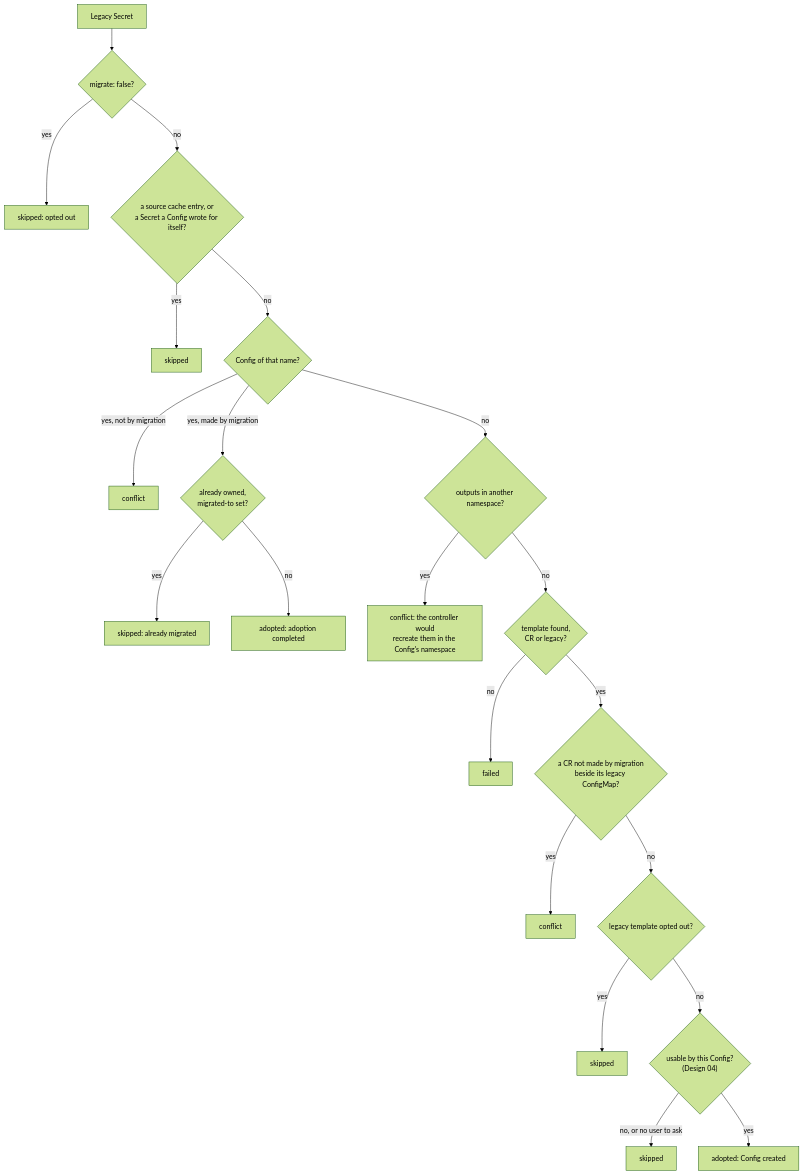
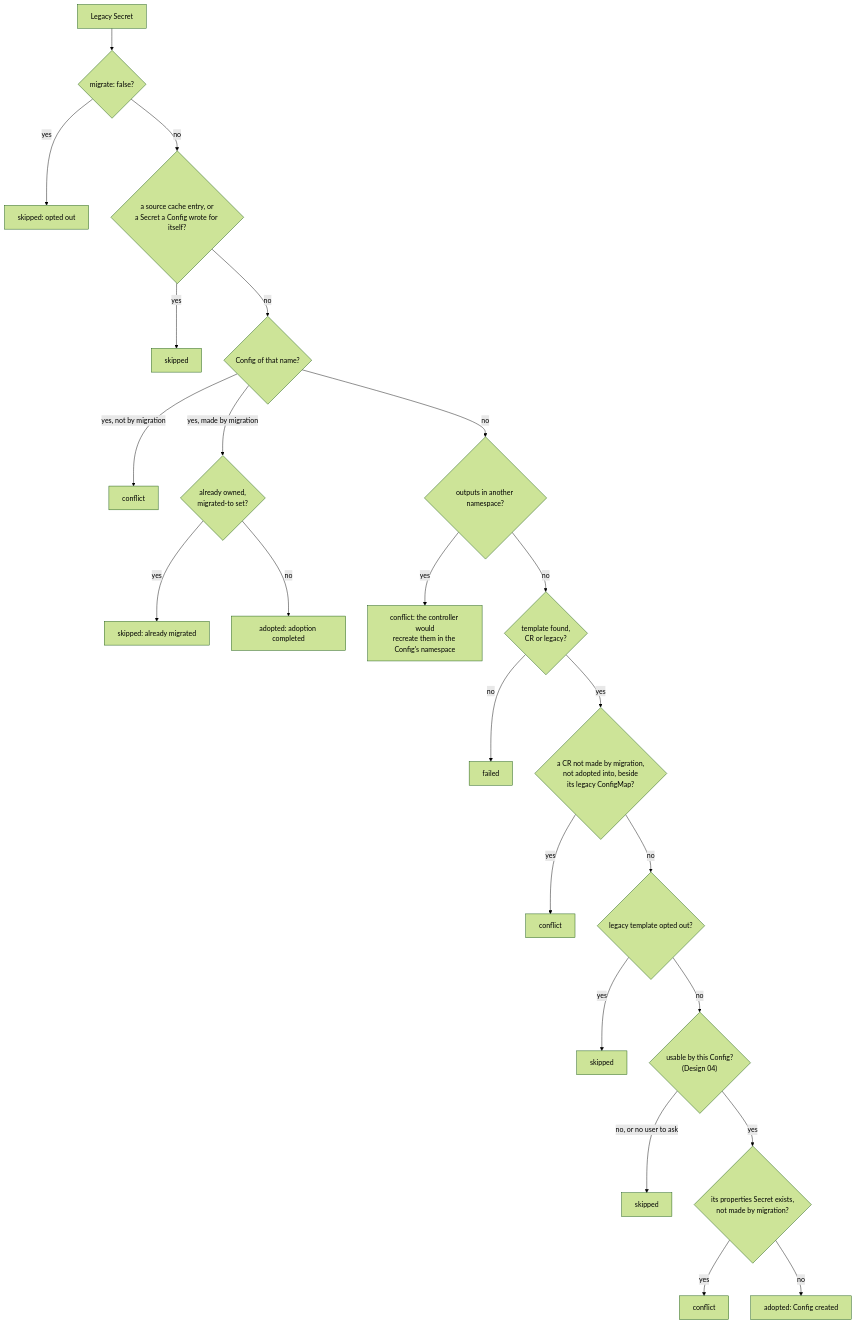
The second of 3 diagrams in design/vela-core/keps/2.18-config-crds/design/03-migration.md (kubevela/kubevela), drawn with Mermaid (forest theme) before and after one commit. The commit also changed other lines of this file and 9 other files, not shown here.

````diff
--- a/design/vela-core/keps/2.18-config-crds/design/03-migration.md
+++ b/design/vela-core/keps/2.18-config-crds/design/03-migration.md
@@ -103,23 +103,25 @@
 ```mermaid
 flowchart TD
     obj["Legacy Secret"] --> opt{"migrate: false?"}
     opt -- yes --> sk1["skipped: opted out"]
     opt -- no --> notcfg{"a source cache entry, or<br/>a Secret a Config wrote for itself?"}
     notcfg -- yes --> sk2["skipped"]
     notcfg -- no --> cr{"Config of that name?"}
     cr -- "yes, not by migration" --> cf1["conflict"]
     cr -- "yes, made by migration" --> done{"already owned,<br/>migrated-to set?"}
     done -- yes --> sk3["skipped: already migrated"]
     done -- no --> ad1["adopted: adoption completed"]
     cr -- no --> out{"outputs in another namespace?"}
     out -- yes --> cf2["conflict: the controller would<br/>recreate them in the Config's namespace"]
     out -- no --> found{"template found,<br/>CR or legacy?"}
     found -- no --> fl["failed"]
-    found -- yes --> foreign{"a CR not made by migration<br/>beside its legacy ConfigMap?"}
+    found -- yes --> foreign{"a CR not made by migration,<br/>not adopted into, beside<br/>its legacy ConfigMap?"}
     foreign -- yes --> cf3["conflict"]
     foreign -- no --> optt{"legacy template opted out?"}
     optt -- yes --> sk4["skipped"]
     optt -- no --> acc{"usable by this Config?<br/>(Design 04)"}
     acc -- "no, or no user to ask" --> sk5["skipped"]
-    acc -- yes --> ad2["adopted: Config created"]
+    acc -- yes --> props{"its properties Secret exists,<br/>not made by migration?"}
+    props -- yes --> cf4["conflict"]
+    props -- no --> ad2["adopted: Config created"]
 ```
````
